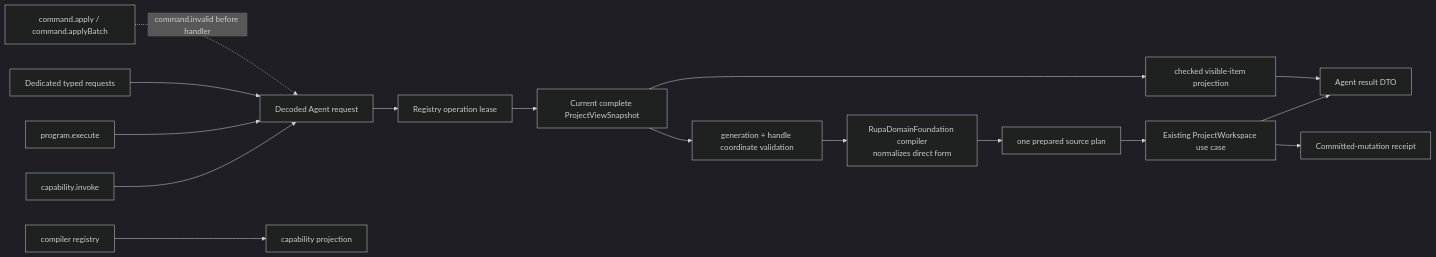
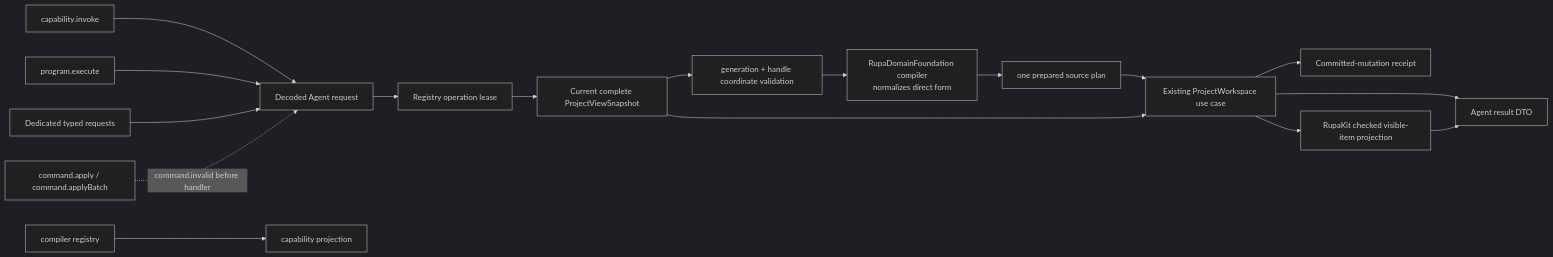
Before and after one commit to 1amageek/Rupa: the first of 2 diagrams in RupaKit/Sources/RupaAgentRuntime/DESIGN.md, drawn with Mermaid (dark theme). The commit also changed other lines of this file and 13 other files, not shown here.

````diff
--- a/RupaKit/Sources/RupaAgentRuntime/DESIGN.md
+++ b/RupaKit/Sources/RupaAgentRuntime/DESIGN.md
@@ -60,18 +70,19 @@
 ```mermaid
 flowchart LR
     Direct["capability.invoke"] --> Request["Decoded Agent request"]
     Program["program.execute"] --> Request
     Dedicated["Dedicated typed requests"] --> Request
     Legacy["command.apply / command.applyBatch"] -.->|command.invalid before handler| Request
     CompilerRegistry["compiler registry"] --> Discovery["capability projection"]
     Request --> Lease["Registry operation lease"]
     Lease --> View["Current complete ProjectViewSnapshot"]
     View --> Guard["generation + handle coordinate validation"]
     Guard --> Compiler["RupaDomainFoundation compiler\nnormalizes direct form"]
     Compiler --> Prepared["one prepared source plan"]
     Prepared --> Workspace["Existing ProjectWorkspace use case"]
     Workspace --> Projection["Agent result DTO"]
     Workspace --> NoRetry["Committed-mutation receipt"]
-    View --> ViewportProjection["checked visible-item projection"]
+    View --> Workspace
+    Workspace --> ViewportProjection["RupaKit checked visible-item projection"]
     ViewportProjection --> Projection
 ```
````
